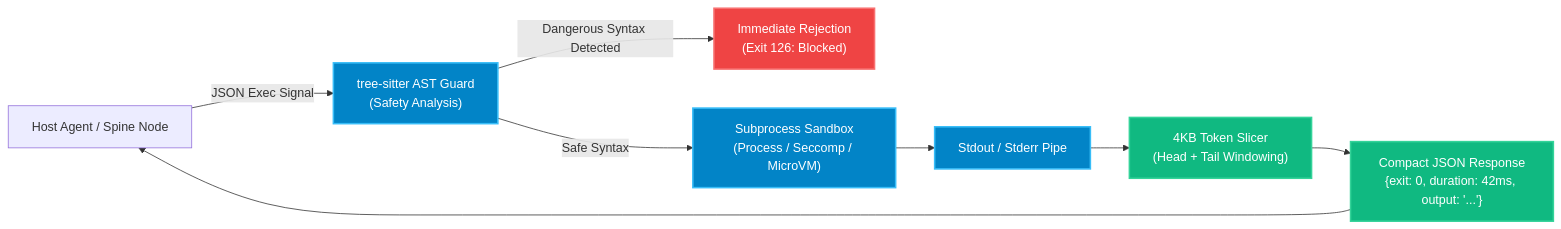
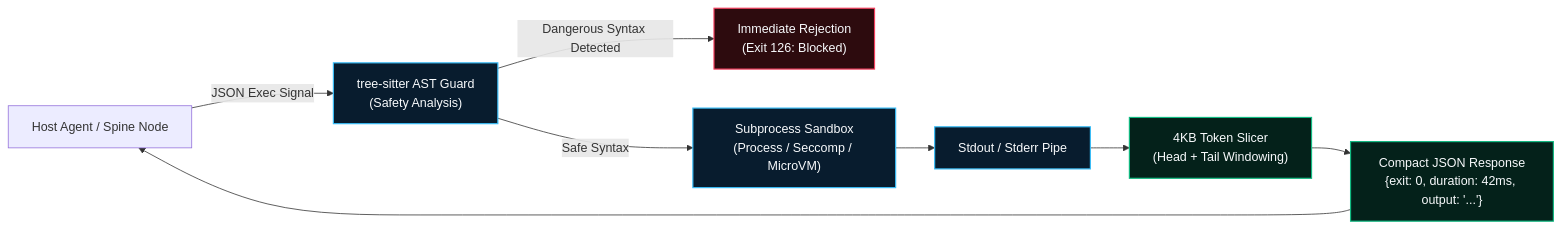
One commit to autonomic-ai-dev/website changed the diagram in src/routes/docs/execution/+page.md. Above: the diagram before and after it, drawn with Mermaid. The commit also changed 13 other files, not shown here.

Commit message:
fix(docs): aerospace dark cybernetic palette for Mermaid charts and high-contrast labels

````diff
--- a/src/routes/docs/execution/+page.md
+++ b/src/routes/docs/execution/+page.md
@@ -9,19 +9,19 @@
 ```mermaid
 flowchart LR
     LLM["Host Agent / Spine Node"] -->|JSON Exec Signal| Guard["tree-sitter AST Guard\n(Safety Analysis)"]
     
     Guard -->|Dangerous Syntax Detected| Block["Immediate Rejection\n(Exit 126: Blocked)"]
     Guard -->|Safe Syntax| Runner["Subprocess Sandbox\n(Process / Seccomp / MicroVM)"]
     
     Runner --> Stream["Stdout / Stderr Pipe"]
     Stream --> Slicer["4KB Token Slicer\n(Head + Tail Windowing)"]
     Slicer --> Result["Compact JSON Response\n{exit: 0, duration: 42ms, output: '...'}"]
     Result --> LLM
 
-    classDef ok fill:#0284c7,stroke:#38bdf8,stroke-width:2px,color:#ffffff;
-    classDef danger fill:#ef4444,stroke:#f87171,stroke-width:2px,color:#ffffff;
-    classDef safe fill:#10b981,stroke:#34d399,stroke-width:2px,color:#ffffff;
+    classDef ok fill:#081c2e,stroke:#38bdf8,stroke-width:1.5px,color:#f8fafc;
+    classDef danger fill:#2d0b0e,stroke:#f43f5e,stroke-width:1.5px,color:#f8fafc;
+    classDef safe fill:#04211a,stroke:#10b981,stroke-width:1.5px,color:#f8fafc;
     class Guard,Runner,Stream ok;
     class Block danger;
     class Slicer,Result safe;
 ```
````
